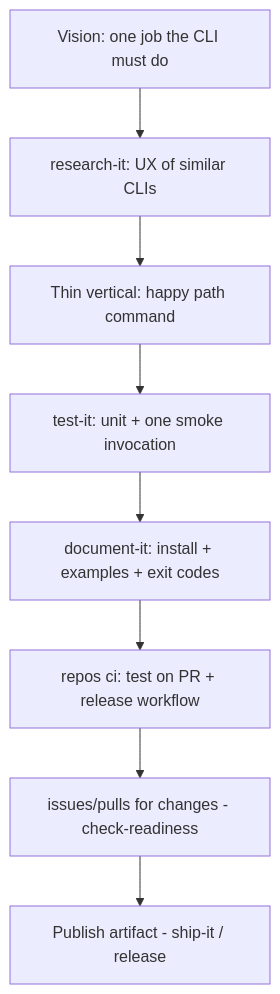
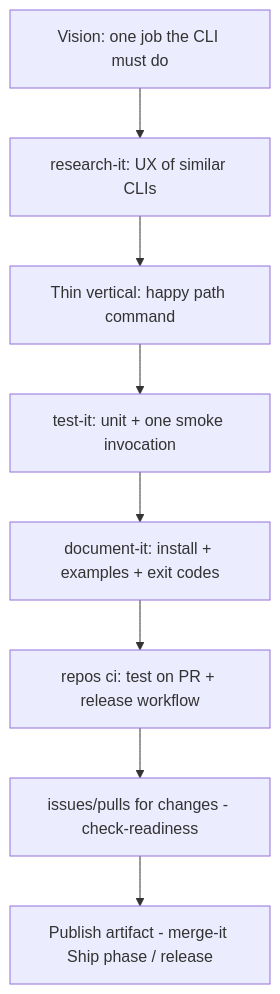
The diagram in handbook/paths/02-cli.md (DecisionNerd/dev-skills), drawn with Mermaid before and after one commit. The commit also changed 95 other files, not shown here.

First line of the commit message:
Add shared operating contract to skills; fold ship-it and stage-it into merge-it (#2)

````diff
--- a/handbook/paths/02-cli.md
+++ b/handbook/paths/02-cli.md
@@ -34,10 +34,10 @@
 ```mermaid
 flowchart TD
   A[Vision: one job the CLI must do] --> B[research-it: UX of similar CLIs]
   B --> C[Thin vertical: happy path command]
   C --> D[test-it: unit + one smoke invocation]
   D --> E[document-it: install + examples + exit codes]
   E --> F[repos ci: test on PR + release workflow]
   F --> G[issues/pulls for changes - check-readiness]
-  G --> H[Publish artifact - ship-it / release]
+  G --> H[Publish artifact - merge-it Ship phase / release]
 ```
````
